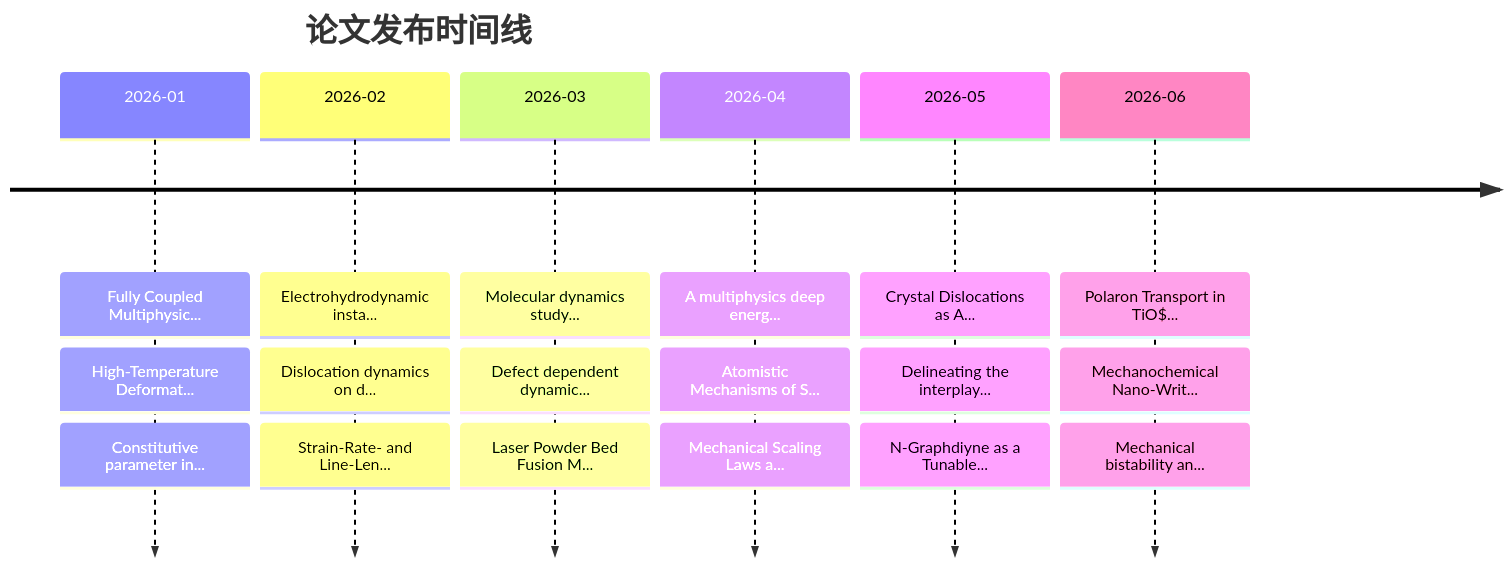
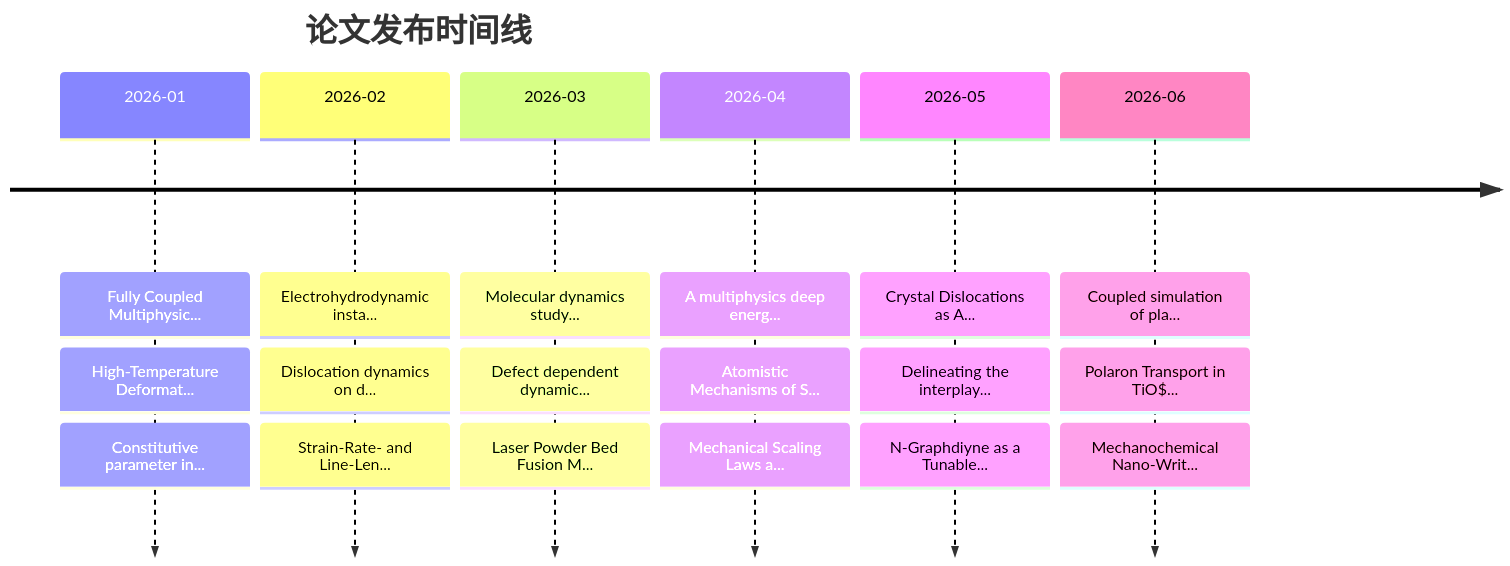
Before and after one commit to Shirakawa11111/BJK_readpaper: the second of 2 diagrams in README.md, drawn with Mermaid. The commit also changed other lines of this file and 11 other files, not shown here.

````diff
--- a/README.md
+++ b/README.md
@@ -206,10 +206,10 @@
 ```mermaid
 timeline
     title 论文发布时间线
     2026-01 : Fully Coupled Multiphysic... : High-Temperature Deformat... : Constitutive parameter in...
     2026-02 : Electrohydrodynamic insta... : Dislocation dynamics on d... : Strain-Rate- and Line-Len...
     2026-03 : Molecular dynamics study... : Defect dependent dynamic... : Laser Powder Bed Fusion M...
     2026-04 : A multiphysics deep energ... : Atomistic Mechanisms of S... : Mechanical Scaling Laws a...
     2026-05 : Crystal Dislocations as A... : Delineating the interplay... : N-Graphdiyne as a Tunable...
-    2026-06 : Polaron Transport in TiO$... : Mechanochemical Nano-Writ... : Mechanical bistability an...
+    2026-06 : Coupled simulation of pla... : Polaron Transport in TiO$... : Mechanochemical Nano-Writ...
 ```
````
